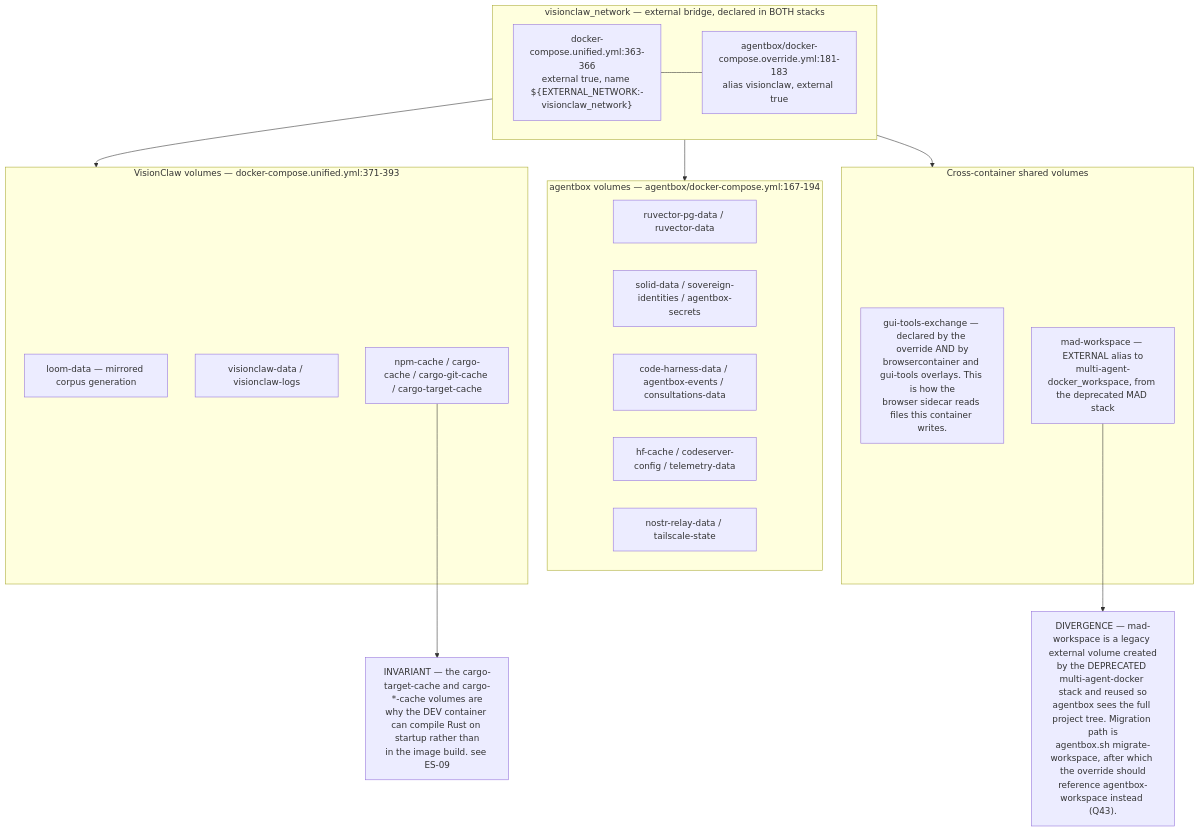
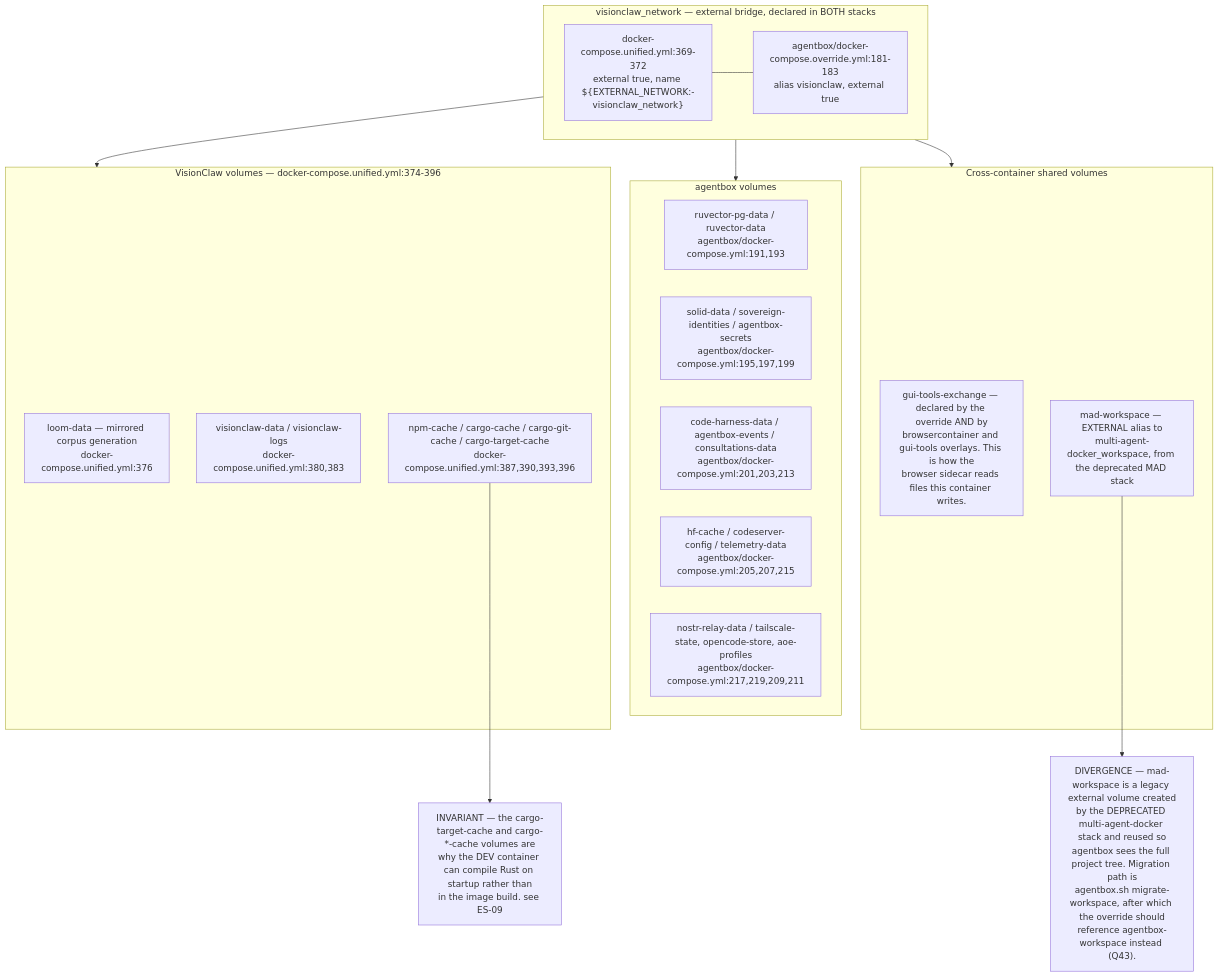
Before and after one commit to DreamLab-AI/VisionFlow: the fourth of 8 diagrams in docs/diagrams/estate/01-estate-topology.md, drawn with Mermaid. The commit also changed other lines of this file and 12 other files, not shown here.

````diff
--- a/docs/diagrams/estate/01-estate-topology.md
+++ b/docs/diagrams/estate/01-estate-topology.md
@@ -156,34 +166,34 @@
 ```mermaid
 flowchart TB
     subgraph net["visionclaw_network — external bridge, declared in BOTH stacks"]
-        N1["docker-compose.unified.yml:363-366<br/>external true, name ${EXTERNAL_NETWORK:-visionclaw_network}"]
+        N1["docker-compose.unified.yml:369-372<br/>external true, name ${EXTERNAL_NETWORK:-visionclaw_network}"]
         N2["agentbox/docker-compose.override.yml:181-183<br/>alias visionclaw, external true"]
     end
-    subgraph vcvol["VisionClaw volumes — docker-compose.unified.yml:371-393"]
-        V1["loom-data — mirrored corpus generation"]
-        V2["visionclaw-data / visionclaw-logs"]
-        V3["npm-cache / cargo-cache / cargo-git-cache / cargo-target-cache"]
+    subgraph vcvol["VisionClaw volumes — docker-compose.unified.yml:374-396"]
+        V1["loom-data — mirrored corpus generation<br/>docker-compose.unified.yml:376"]
+        V2["visionclaw-data / visionclaw-logs<br/>docker-compose.unified.yml:380,383"]
+        V3["npm-cache / cargo-cache / cargo-git-cache / cargo-target-cache<br/>docker-compose.unified.yml:387,390,393,396"]
     end
-    subgraph abvol["agentbox volumes — agentbox/docker-compose.yml:167-194"]
-        W1["ruvector-pg-data / ruvector-data"]
-        W2["solid-data / sovereign-identities / agentbox-secrets"]
-        W3["code-harness-data / agentbox-events / consultations-data"]
-        W4["hf-cache / codeserver-config / telemetry-data"]
-        W5["nostr-relay-data / tailscale-state"]
+    subgraph abvol["agentbox volumes"]
+        W1["ruvector-pg-data / ruvector-data<br/>agentbox/docker-compose.yml:191,193"]
+        W2["solid-data / sovereign-identities / agentbox-secrets<br/>agentbox/docker-compose.yml:195,197,199"]
+        W3["code-harness-data / agentbox-events / consultations-data<br/>agentbox/docker-compose.yml:201,203,213"]
+        W4["hf-cache / codeserver-config / telemetry-data<br/>agentbox/docker-compose.yml:205,207,215"]
+        W5["nostr-relay-data / tailscale-state, opencode-store, aoe-profiles<br/>agentbox/docker-compose.yml:217,219,209,211"]
     end
     subgraph shared["Cross-container shared volumes"]
         S1["gui-tools-exchange — declared by the override AND by<br/>browsercontainer and gui-tools overlays. This is how the<br/>browser sidecar reads files this container writes."]
         S2["mad-workspace — EXTERNAL alias to<br/>multi-agent-docker_workspace, from the deprecated MAD stack"]
     end
 
     N1 --- N2
     net --> vcvol
     net --> abvol
     net --> shared
 
     D1["DIVERGENCE — mad-workspace is a legacy external volume created<br/>by the DEPRECATED multi-agent-docker stack and reused so<br/>agentbox sees the full project tree. Migration path is<br/>agentbox.sh migrate-workspace, after which the override should<br/>reference agentbox-workspace instead (Q43)."]
     INV["INVARIANT — the cargo-target-cache and cargo-*-cache volumes are<br/>why the DEV container can compile Rust on startup rather than<br/>in the image build. see ES-09"]
 
     S2 --> D1
     V3 --> INV
 ```
````
